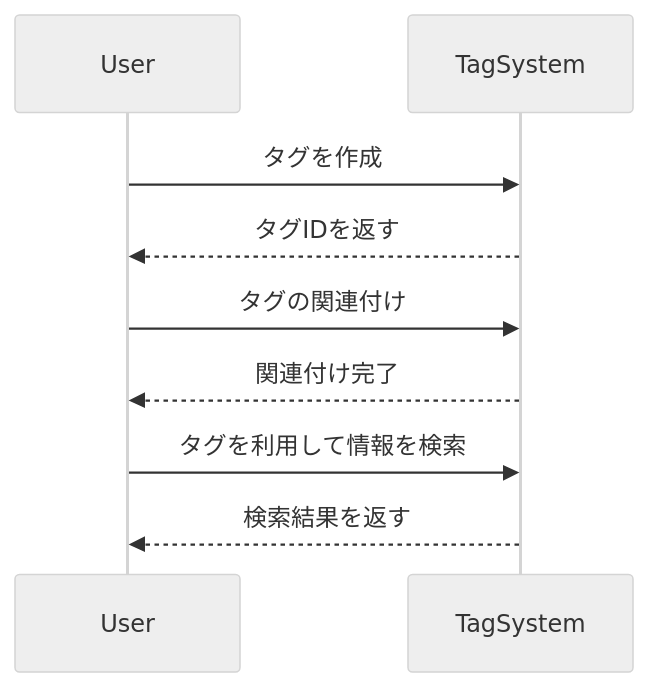
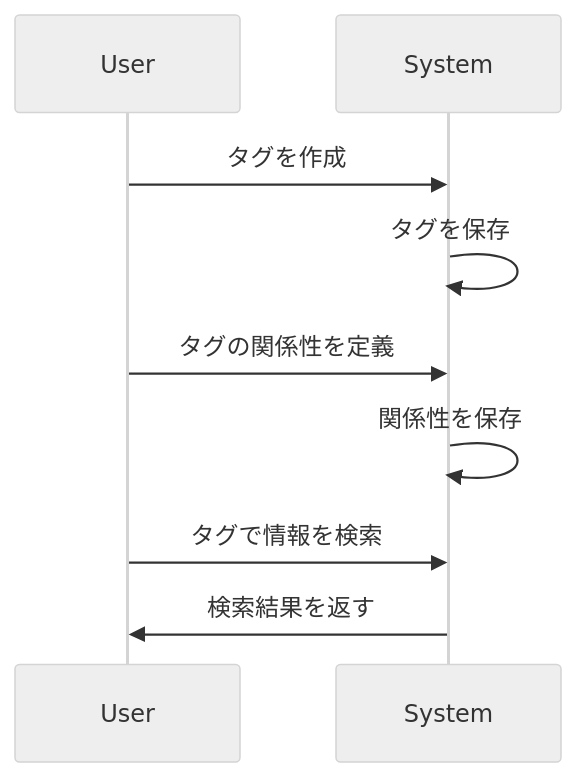
Before and after one commit to amata1219/autodoc-test: the diagram in .docs/src/タグ.md, drawn with Mermaid (neutral theme). The commit also changed other lines of this file and 9 other files, not shown here.

````diff
--- a/.docs/src/タグ.md
+++ b/.docs/src/タグ.md
@@ -14,11 +14,11 @@
 ```mermaid
 sequenceDiagram
     participant User
-    participant TagSystem
-    User->>TagSystem: タグを作成
-    TagSystem-->>User: タグIDを返す
-    User->>TagSystem: タグの関連付け
-    TagSystem-->>User: 関連付け完了
-    User->>TagSystem: タグを利用して情報を検索
-    TagSystem-->>User: 検索結果を返す
+    participant System
+    User->>System: タグを作成
+    System->>System: タグを保存
+    User->>System: タグの関係性を定義
+    System->>System: 関係性を保存
+    User->>System: タグで情報を検索
+    System->>User: 検索結果を返す
 ```
````
